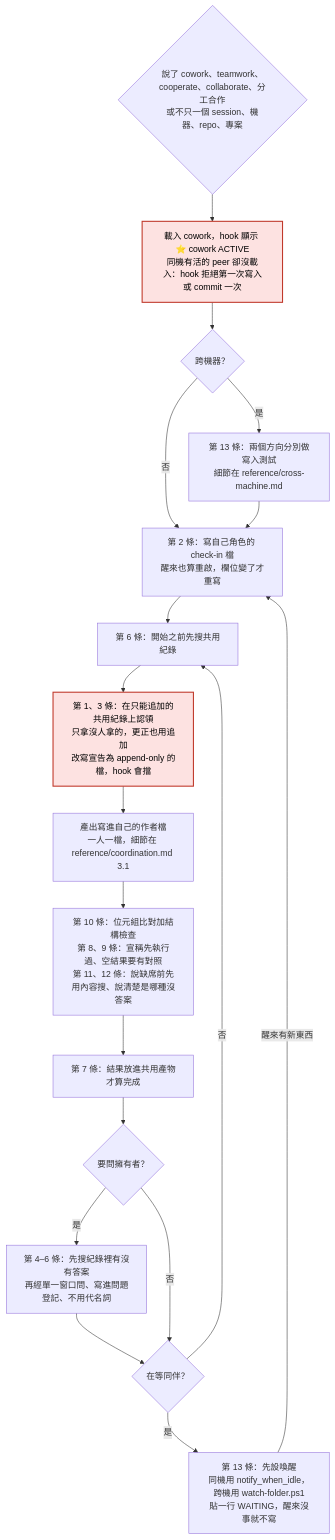
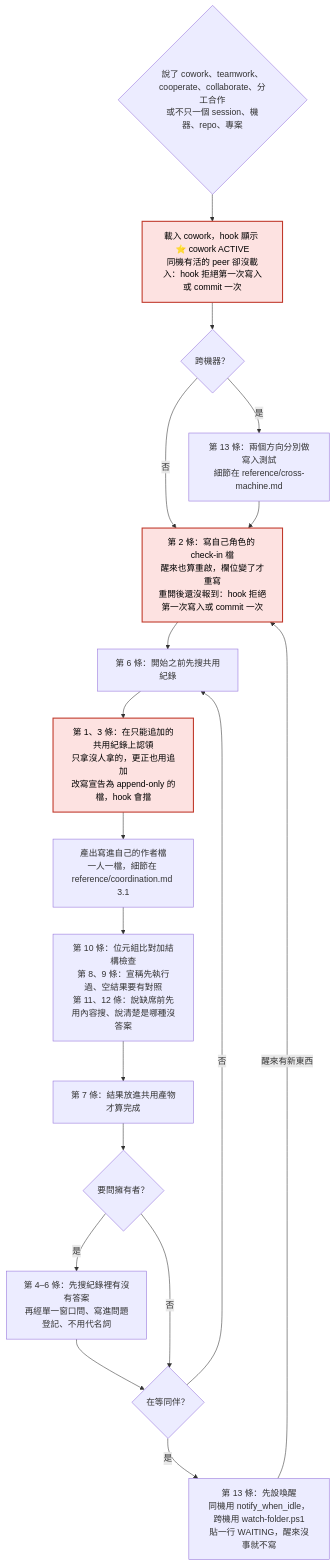
The third of 6 diagrams in README.md (Dino9021/dispatch-guard), drawn with Mermaid before and after one commit. The commit also changed other lines of this file and 11 other files, not shown here.

````diff
--- a/README.md
+++ b/README.md
@@ -788,22 +789,22 @@
 ```mermaid
 flowchart TD
   trigger{"說了 cowork、teamwork、cooperate、collaborate、分工合作<br/>或不只一個 session、機器、repo、專案"} --> loadCowork["載入 cowork，hook 顯示 ⭐ cowork ACTIVE<br/>同機有活的 peer 卻沒載入：hook 拒絕第一次寫入或 commit 一次"]
   loadCowork --> crossMachine{"跨機器？"}
   crossMachine -->|"是"| writeTest["第 13 條：兩個方向分別做寫入測試<br/>細節在 reference/cross-machine.md"]
   crossMachine -->|"否"| checkIn
-  writeTest --> checkIn["第 2 條：寫自己角色的 check-in 檔<br/>醒來也算重啟，欄位變了才重寫"]
+  writeTest --> checkIn["第 2 條：寫自己角色的 check-in 檔<br/>醒來也算重啟，欄位變了才重寫<br/>重開後還沒報到：hook 拒絕第一次寫入或 commit 一次"]
   checkIn --> searchFirst["第 6 條：開始之前先搜共用紀錄"]
   searchFirst --> claim["第 1、3 條：在只能追加的共用紀錄上認領<br/>只拿沒人拿的，更正也用追加<br/>改寫宣告為 append-only 的檔，hook 會擋"]
   claim --> authorFile["產出寫進自己的作者檔<br/>一人一檔，細節在 reference/coordination.md 3.1"]
   authorFile --> verifyWrite["第 10 條：位元組比對加結構檢查<br/>第 8、9 條：宣稱先執行過、空結果要有對照<br/>第 11、12 條：說缺席前先用內容搜、說清楚是哪種沒答案"]
   verifyWrite --> landResult["第 7 條：結果放進共用產物才算完成"]
   landResult --> askOwner{"要問擁有者？"}
   askOwner -->|"是"| funnel["第 4–6 條：先搜紀錄裡有沒有答案<br/>再經單一窗口問、寫進問題登記、不用代名詞"]
   funnel --> waitPeer
   askOwner -->|"否"| waitPeer{"在等同伴？"}
   waitPeer -->|"是"| armWake["第 13 條：先設喚醒<br/>同機用 notify_when_idle，跨機用 watch-folder.ps1<br/>貼一行 WAITING，醒來沒事就不寫"]
   armWake -->|"醒來有新東西"| checkIn
   waitPeer -->|"否"| searchFirst
-  class loadCowork,claim gate
+  class loadCowork,checkIn,claim gate
   classDef gate fill:#fde2e1,stroke:#c0392b,stroke-width:2px,color:#000
 ```
````
